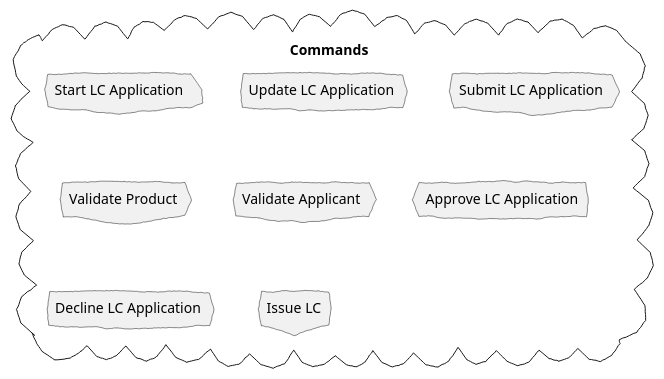
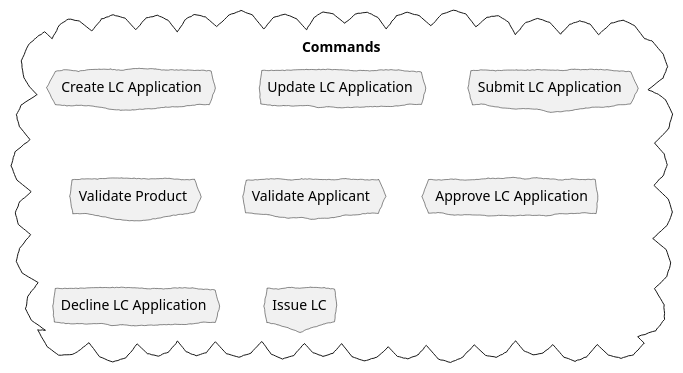
The first of 4 diagrams in book/src/docs/asciidoc/05-implementing-domain-logic.adoc (PacktPublishing/Domain-Driven-Design-with-Java-A-Practitioner-s-Guide), drawn with PlantUML before and after one commit. The commit also changed 19 other files, not shown here.

```diff
--- a/book/src/docs/asciidoc/05-implementing-domain-logic.adoc
+++ b/book/src/docs/asciidoc/05-implementing-domain-logic.adoc
@@ -142,17 +142,17 @@
 [plantuml,potential-commands]
 ....
 @startuml
 skinparam handwritten true
 skinparam CloudFontName "Gloria Hallelujah"
 cloud Commands {
-    cloud "Start LC Application"
+    cloud "Create LC Application"
     cloud "Update LC Application"
     cloud "Submit LC Application"
     cloud "Validate Product"
     cloud "Validate Applicant"
     cloud "Approve LC Application"
     cloud "Decline LC Application"
     cloud "Issue LC"
 }
 @enduml
 ....
```
